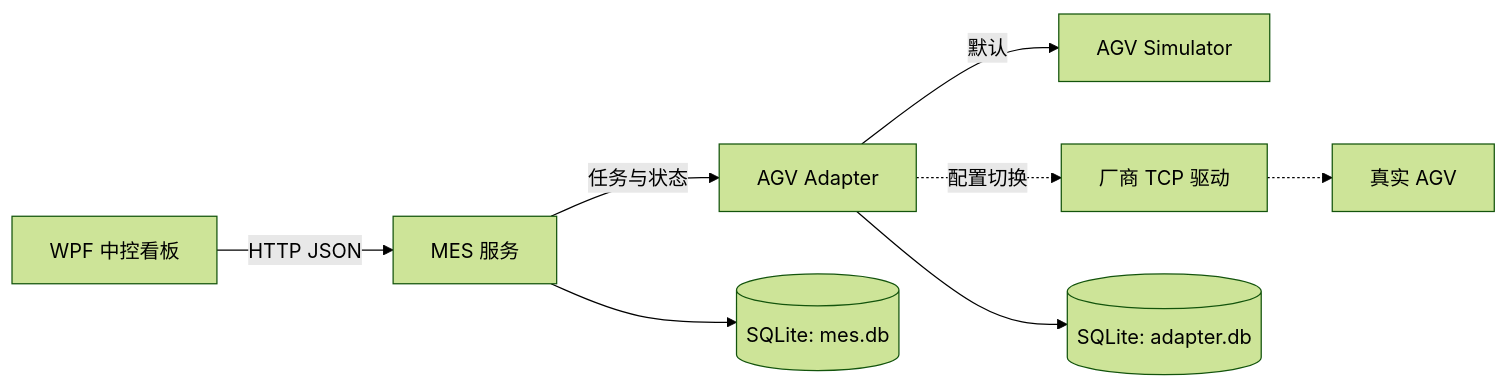
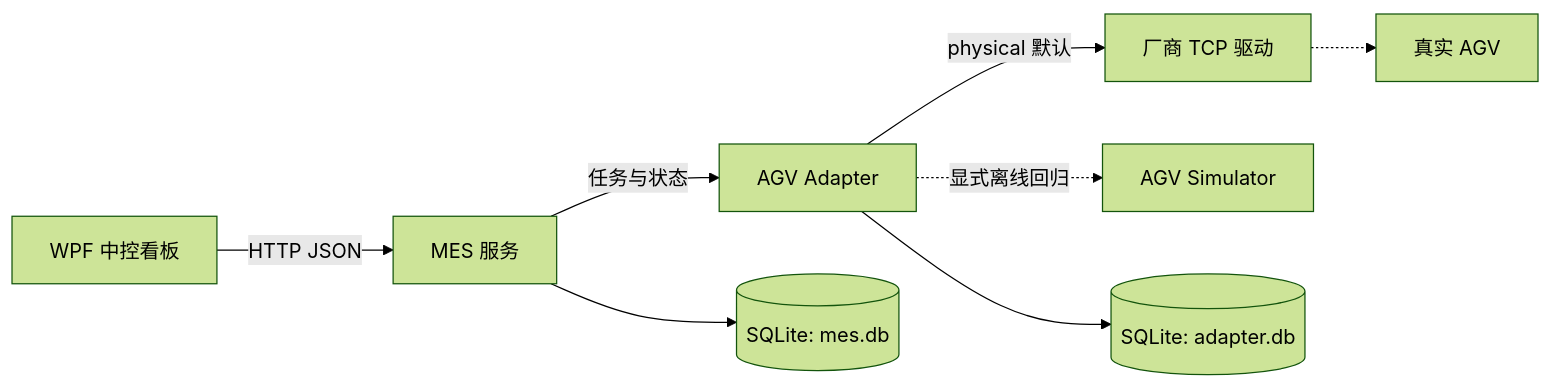
Before and after one commit to SlienceLove/MesControlAgv: the diagram in README.md, drawn with Mermaid (forest theme). The commit also changed other lines of this file and 46 other files, not shown here.

````diff
--- a/README.md
+++ b/README.md
@@ -42,10 +42,10 @@
 ```mermaid
 flowchart LR
     WPF[WPF 中控看板] -->|HTTP JSON| MES[MES 服务]
     MES -->|任务与状态| ADP[AGV Adapter]
-    ADP -->|默认| SIM[AGV Simulator]
-    ADP -.->|配置切换| TCP[厂商 TCP 驱动]
+    ADP -->|physical 默认| TCP[厂商 TCP 驱动]
     TCP -.-> AGV[真实 AGV]
+    ADP -.->|显式离线回归| SIM[AGV Simulator]
     MES --> MESDB[(SQLite: mes.db)]
     ADP --> ADPDB[(SQLite: adapter.db)]
 ```
````
